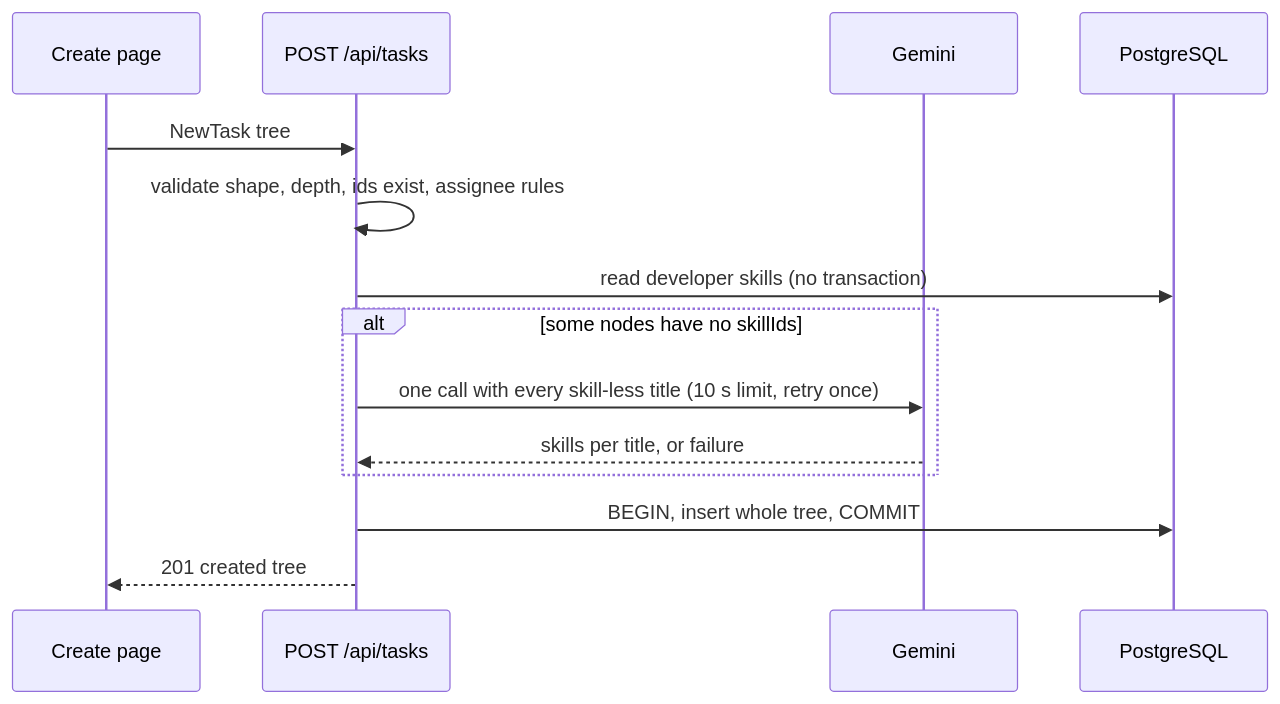
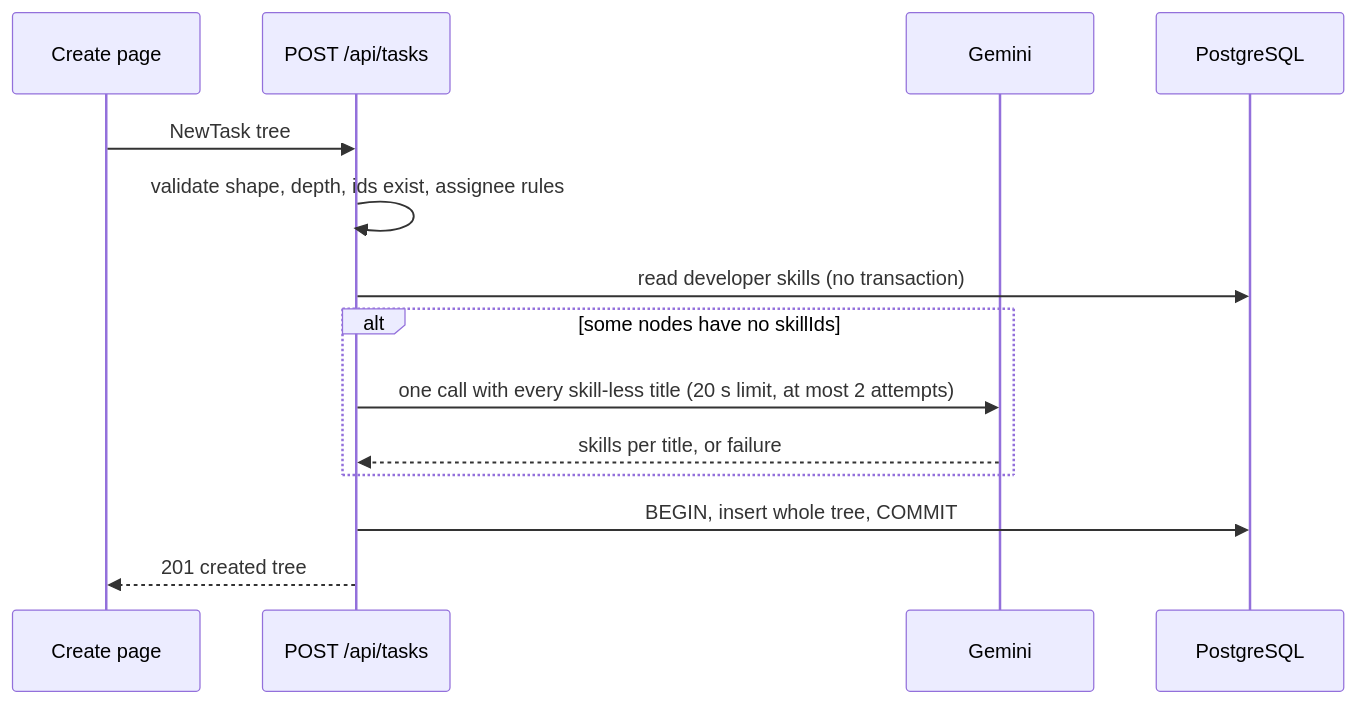
The fourth of 5 diagrams in docs/design.md (hanchiang/task-assignment-app), drawn with Mermaid before and after one commit. The commit also changed other lines of this file and 14 other files, not shown here.

````diff
--- a/docs/design.md
+++ b/docs/design.md
@@ -262,16 +264,16 @@
 ```mermaid
 sequenceDiagram
     participant UI as Create page
     participant API as POST /api/tasks
     participant LLM as Gemini
     participant DB as PostgreSQL
     UI->>API: NewTask tree
     API->>API: validate shape, depth, ids exist, assignee rules
     API->>DB: read developer skills (no transaction)
     alt some nodes have no skillIds
-        API->>LLM: one call with every skill-less title (10 s limit, retry once)
+        API->>LLM: one call with every skill-less title (20 s limit, at most 2 attempts)
         LLM-->>API: skills per title, or failure
     end
     API->>DB: BEGIN, insert whole tree, COMMIT
     API-->>UI: 201 created tree
 ```
````
